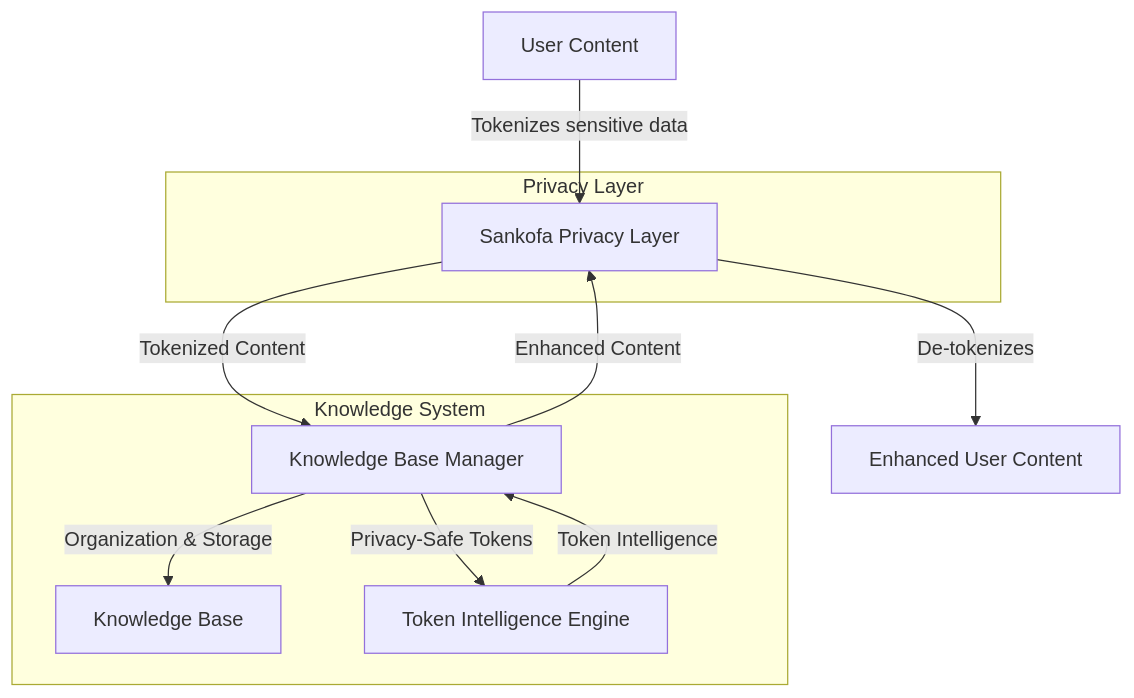
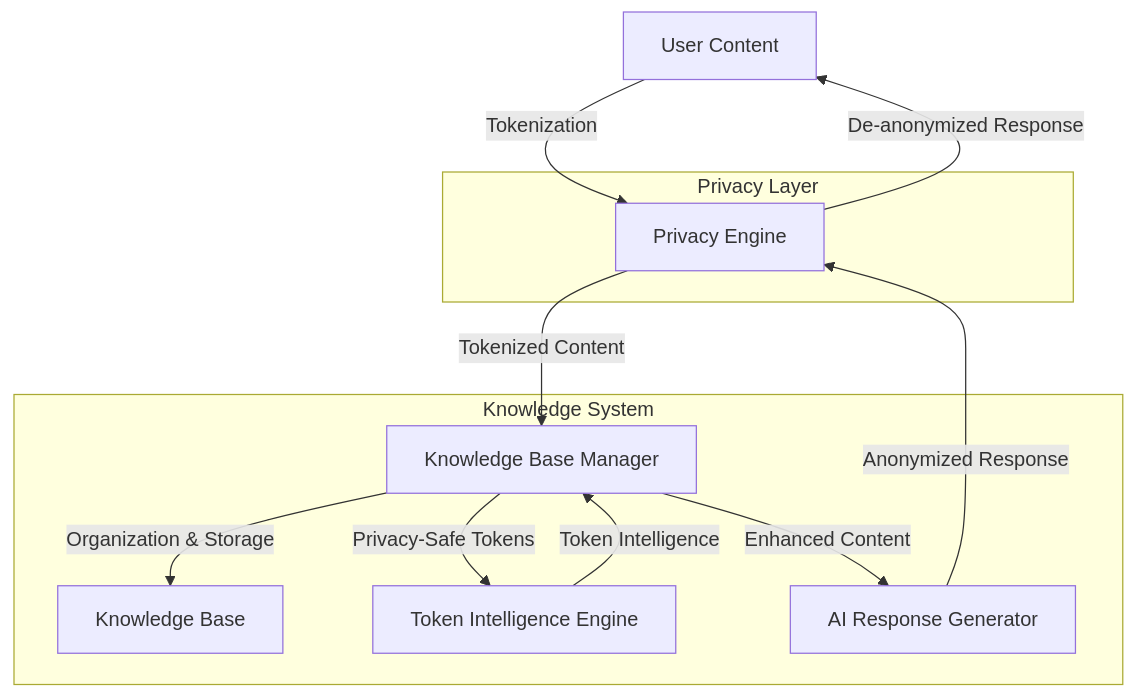
Before and after one commit to taiscoding/knowledge-base-system: the diagram in README.md, drawn with Mermaid. The commit also changed other lines of this file and 9 other files, not shown here.

Commit message:
Integrate privacy layer directly into knowledge base system

````diff
--- a/README.md
+++ b/README.md
@@ -78,22 +82,24 @@
 ```mermaid
 graph TD
-    A[User Content] -->|Tokenizes sensitive data| B[Sankofa Privacy Layer]
+    A[User Content] -->|Tokenization| B[Privacy Engine]
     B -->|Tokenized Content| C[Knowledge Base Manager]
     
     C -->|Organization & Storage| D[Knowledge Base]
     C -->|Privacy-Safe Tokens| E[Token Intelligence Engine]
     
     E -->|Token Intelligence| C
-    C -->|Enhanced Content| B
-    B -->|De-tokenizes| F[Enhanced User Content]
+    C -->|Enhanced Content| F[AI Response Generator]
+    F -->|Anonymized Response| B
+    B -->|De-anonymized Response| A
     
     subgraph "Knowledge System"
     C
     D
     E
+    F
     end
     
     subgraph "Privacy Layer"
     B
     end
 ```
````
